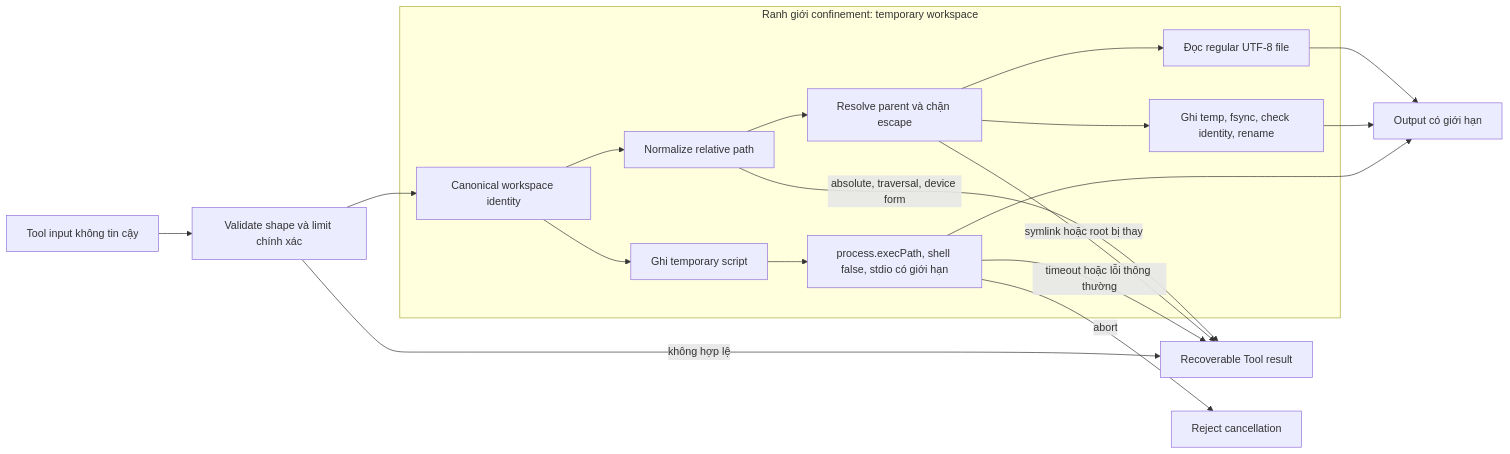
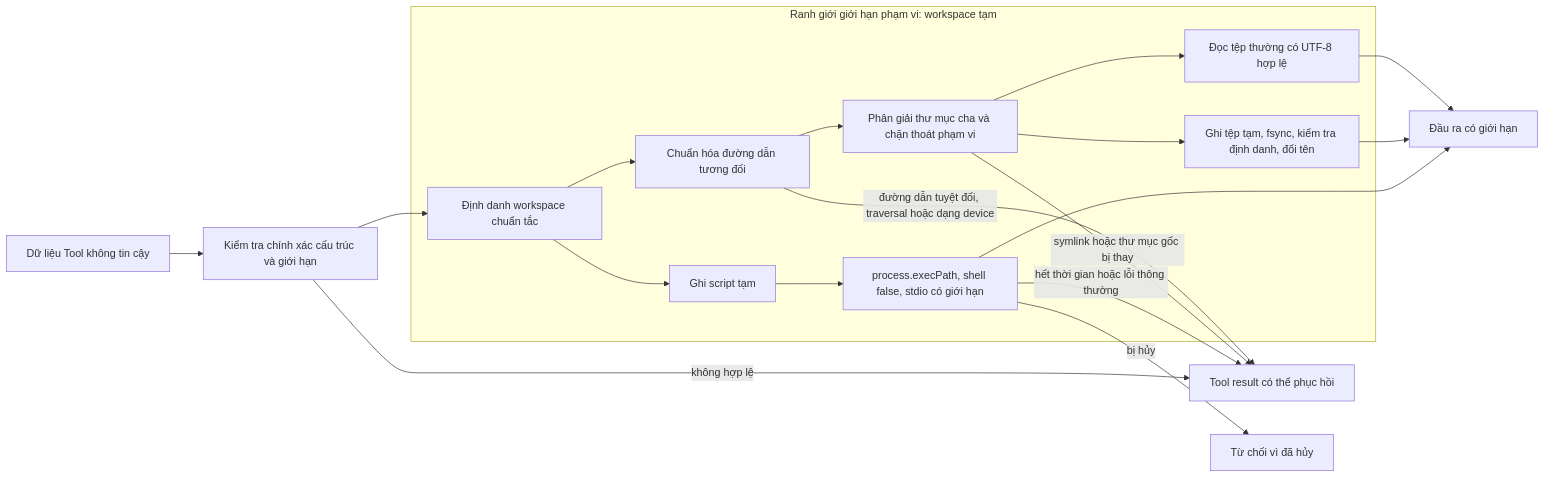
Before and after one commit to pifydev/docs: the diagram in content/vi/course/08-coding-tools.md, drawn with Mermaid. The commit also changed other lines of this file and 7 other files, not shown here.

````diff
--- a/content/vi/course/08-coding-tools.md
+++ b/content/vi/course/08-coding-tools.md
@@ -66,21 +66,21 @@
 ```mermaid
 flowchart LR
-  U[Tool input không tin cậy] --> V[Validate shape và limit chính xác]
-  V -->|không hợp lệ| R[Recoverable Tool result]
-  V --> C[Canonical workspace identity]
-  subgraph W[Ranh giới confinement: temporary workspace]
-    C --> P[Normalize relative path]
-    P --> D[Resolve parent và chặn escape]
-    D --> F[Đọc regular UTF-8 file]
-    D --> A[Ghi temp, fsync, check identity, rename]
-    C --> N[Ghi temporary script]
+  U[Dữ liệu Tool không tin cậy] --> V[Kiểm tra chính xác cấu trúc và giới hạn]
+  V -->|không hợp lệ| R[Tool result có thể phục hồi]
+  V --> C[Định danh workspace chuẩn tắc]
+  subgraph W[Ranh giới giới hạn phạm vi: workspace tạm]
+    C --> P[Chuẩn hóa đường dẫn tương đối]
+    P --> D[Phân giải thư mục cha và chặn thoát phạm vi]
+    D --> F[Đọc tệp thường có UTF-8 hợp lệ]
+    D --> A[Ghi tệp tạm, fsync, kiểm tra định danh, đổi tên]
+    C --> N[Ghi script tạm]
     N --> E[process.execPath, shell false, stdio có giới hạn]
   end
-  P -->|absolute, traversal, device form| R
-  D -->|symlink hoặc root bị thay| R
-  E -->|timeout hoặc lỗi thông thường| R
-  E -->|abort| X[Reject cancellation]
-  F --> O[Output có giới hạn]
+  P -->|đường dẫn tuyệt đối, traversal hoặc dạng device| R
+  D -->|symlink hoặc thư mục gốc bị thay| R
+  E -->|hết thời gian hoặc lỗi thông thường| R
+  E -->|bị hủy| X[Từ chối vì đã hủy]
+  F --> O[Đầu ra có giới hạn]
   A --> O
   E --> O
 ```
````
